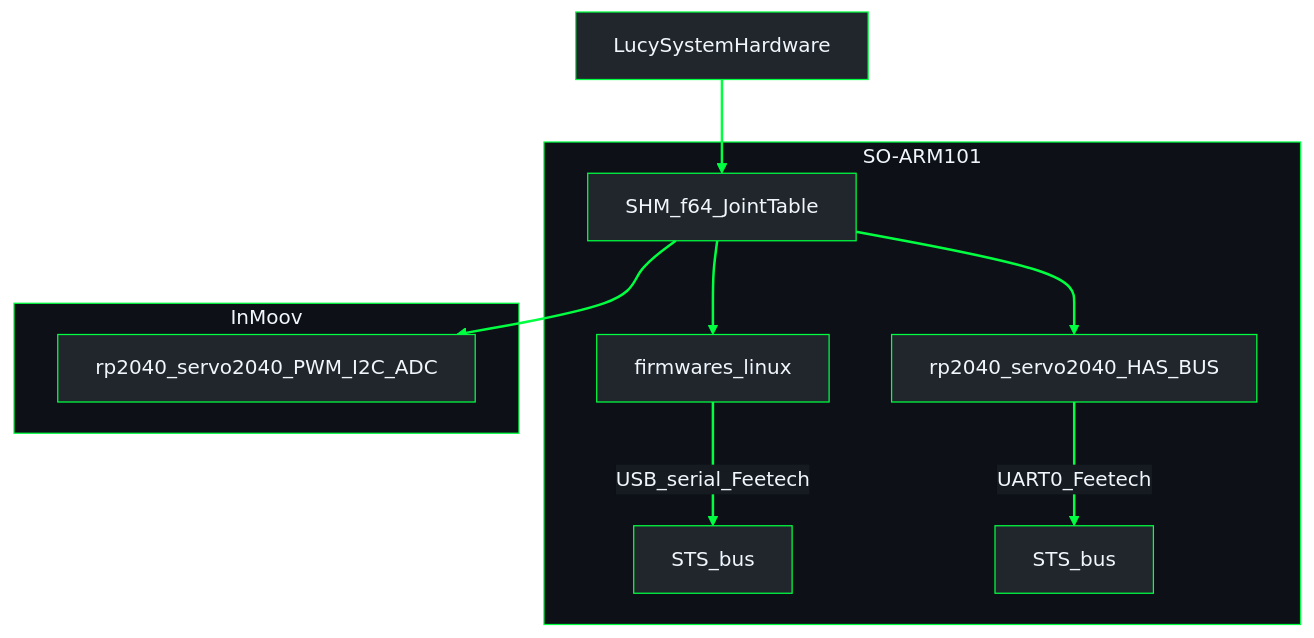
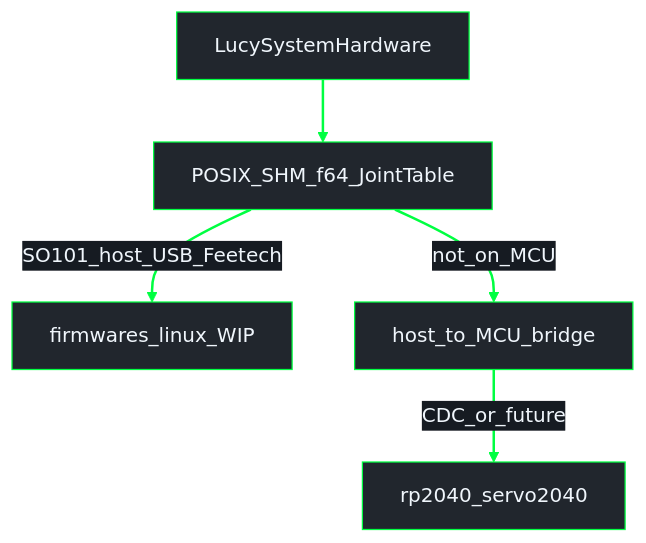
Before and after one commit to Lucy-Robotics/lucy_embedded_firmware: the second of 4 diagrams in docs/architecture/firmware.md, drawn with Mermaid. The commit also changed other lines of this file and 1 other file, not shown here.

Commit message:
evol(architecture): document current Modbus path vs WIP f64 SHM

````diff
--- a/docs/architecture/firmware.md
+++ b/docs/architecture/firmware.md
@@ -12,20 +51,14 @@
 ```mermaid
 %%{init: {"theme": "base", "themeVariables": {"darkMode": true, "background": "#0d1117", "mainBkg": "#21262d", "primaryColor": "#21262d", "primaryTextColor": "#f0f6fc", "primaryBorderColor": "#00FF41", "secondaryColor": "#161b22", "secondaryTextColor": "#f0f6fc", "secondaryBorderColor": "#00FF41", "tertiaryColor": "#161b22", "tertiaryTextColor": "#f0f6fc", "tertiaryBorderColor": "#00FF41", "lineColor": "#00FF41", "textColor": "#f0f6fc", "nodeTextColor": "#f0f6fc", "edgeLabelBackground": "#161b22", "clusterBkg": "#0d1117", "clusterBorder": "#00FF41", "titleColor": "#f0f6fc"}}}%%
 flowchart TB
   HI["LucySystemHardware"]
-  SHM["SHM_f64_JointTable"]
+  SHM["POSIX_SHM_f64_JointTable"]
+  LinuxFW["firmwares_linux_WIP"]
+  Bridge["host_to_MCU_bridge"]
+  S2040["rp2040_servo2040"]
   HI --> SHM
-  subgraph so101 ["SO-ARM101"]
-    LinuxFW["firmwares_linux"]
-    S2040Bus["rp2040_servo2040_HAS_BUS"]
-    SHM --> LinuxFW
-    SHM --> S2040Bus
-    LinuxFW -->|"USB_serial_Feetech"| STS_A["STS_bus"]
-    S2040Bus -->|"UART0_Feetech"| STS_B["STS_bus"]
-  end
-  subgraph inmoov ["InMoov"]
-    S2040Pwm["rp2040_servo2040_PWM_I2C_ADC"]
-    SHM --> S2040Pwm
-  end
+  SHM -->|"SO101_host_USB_Feetech"| LinuxFW
+  SHM -->|"not_on_MCU"| Bridge
+  Bridge -->|"CDC_or_future"| S2040
   linkStyle default stroke:#00FF41,stroke-width:2px
 ```
````
